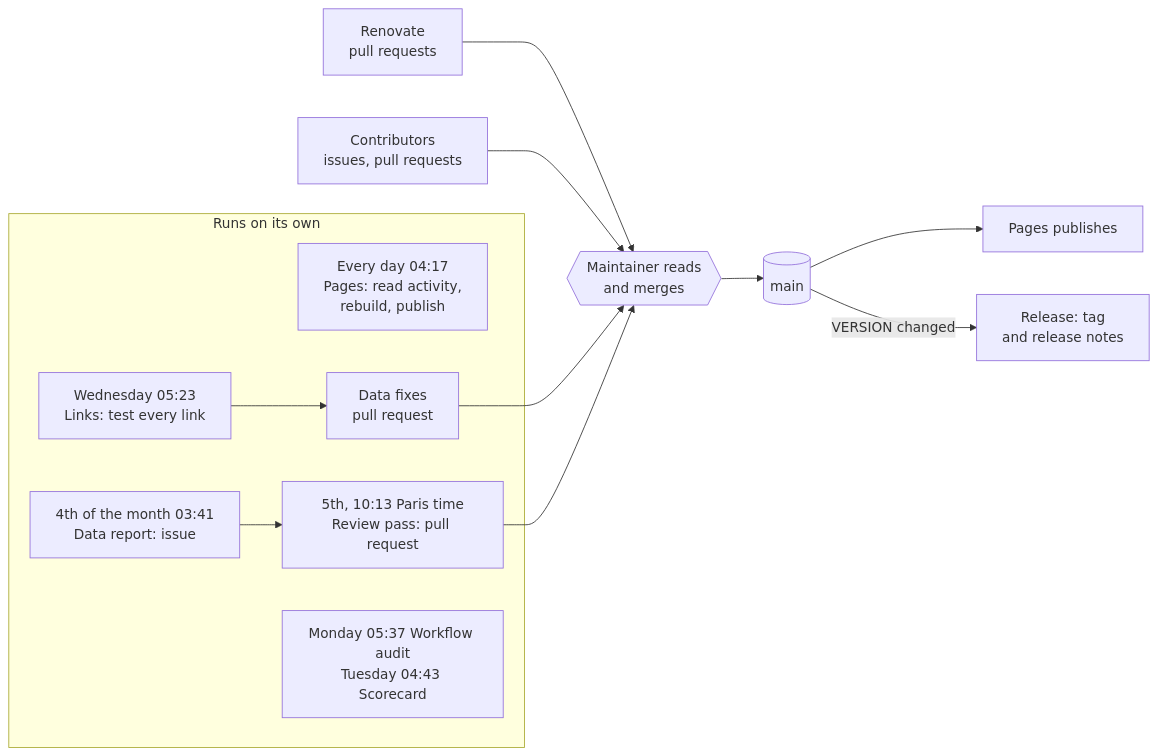
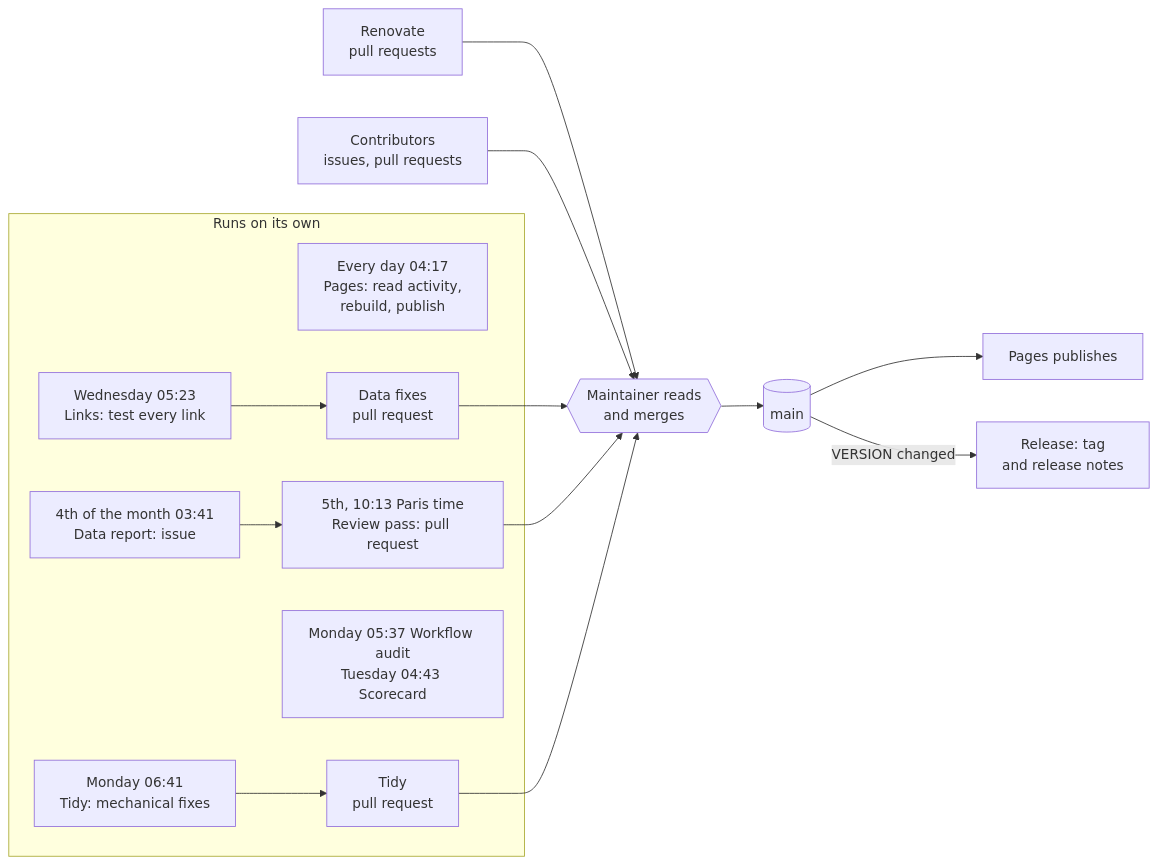
Before and after one commit to actarus314/awesome-lego: the diagram in MAINTENANCE.md, drawn with Mermaid. The commit also changed other lines of this file and 20 other files, not shown here.

Commit message:
Mechanical guards: hygiene checks, phone and dead-CSS checks, weekly Tidy (#31)

````diff
--- a/MAINTENANCE.md
+++ b/MAINTENANCE.md
@@ -7,16 +7,18 @@
 ```mermaid
 flowchart LR
   subgraph own["Runs on its own"]
     day["Every day 04:17<br/>Pages: read activity,<br/>rebuild, publish"]
     wed["Wednesday 05:23<br/>Links: test every link"] --> fix["Data fixes<br/>pull request"]
     m4["4th of the month 03:41<br/>Data report: issue"] --> m5["5th, 10:13 Paris time<br/>Review pass: pull request"]
     sec["Monday 05:37 Workflow audit<br/>Tuesday 04:43 Scorecard"]
+    tidy["Monday 06:41<br/>Tidy: mechanical fixes"] --> tpr["Tidy<br/>pull request"]
   end
   reno["Renovate<br/>pull requests"] --> merge
   contrib["Contributors<br/>issues, pull requests"] --> merge
   fix --> merge
   m5 --> merge
+  tpr --> merge
   merge{{"Maintainer reads<br/>and merges"}} --> main[("main")]
   main --> pub["Pages publishes"]
   main -->|VERSION changed| rel["Release: tag<br/>and release notes"]
 ```
````
